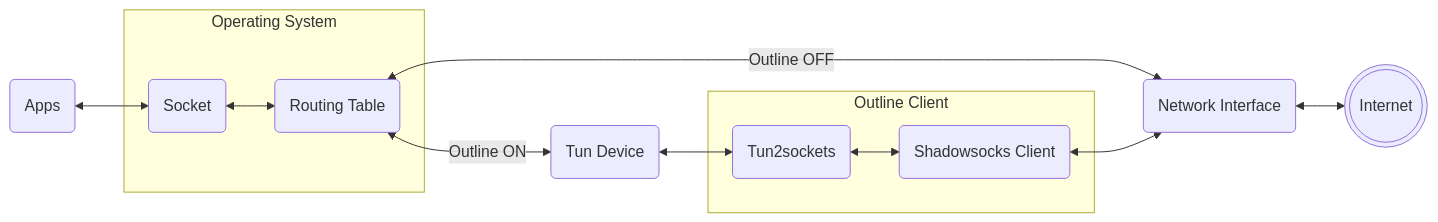
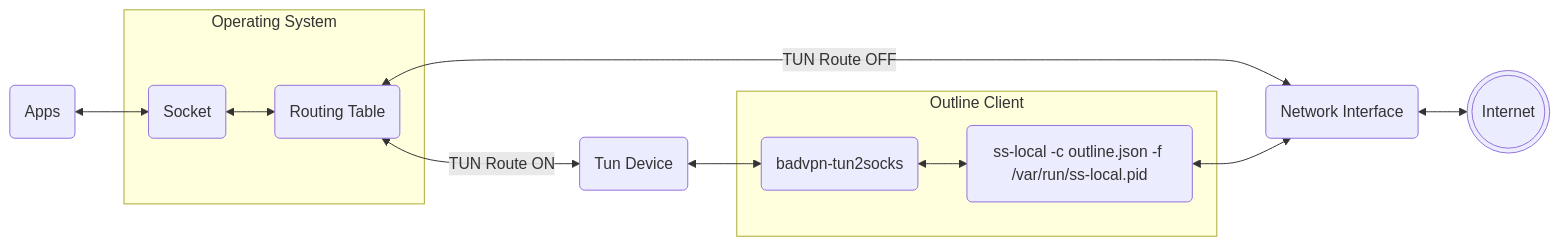
The diagram in README.md (sco3/outline-tun-socks-bad-vpn), drawn with Mermaid before and after one commit.

````diff
--- a/README.md
+++ b/README.md
@@ -3,16 +3,16 @@
 ```mermaid
 flowchart LR
   A(Apps) <--> S(Socket)
   subgraph Operating System
     S <--> R(Routing Table)
   end
-  R <-- Outline OFF --> IF(Network Interface)
+  R <-- TUN Route OFF --> IF(Network Interface)
   IF <--> INET(((Internet)))
-  R <-- Outline ON --> TUN(Tun Device)
-  TUN <--> T2S(Tun2sockets)
+  R <-- TUN Route ON --> TUN(Tun Device)
+  TUN <--> T2S(badvpn-tun2socks)
   subgraph Outline Client
-    T2S <--> SC(Shadowsocks Client)
+    T2S <--> SC(ss-local -c outline.json -f /var/run/ss-local.pid)
   end
   SC <--> IF
   click TUN "https://en.wikipedia.org/wiki/TUN/TAP" _blank
 ```
````
